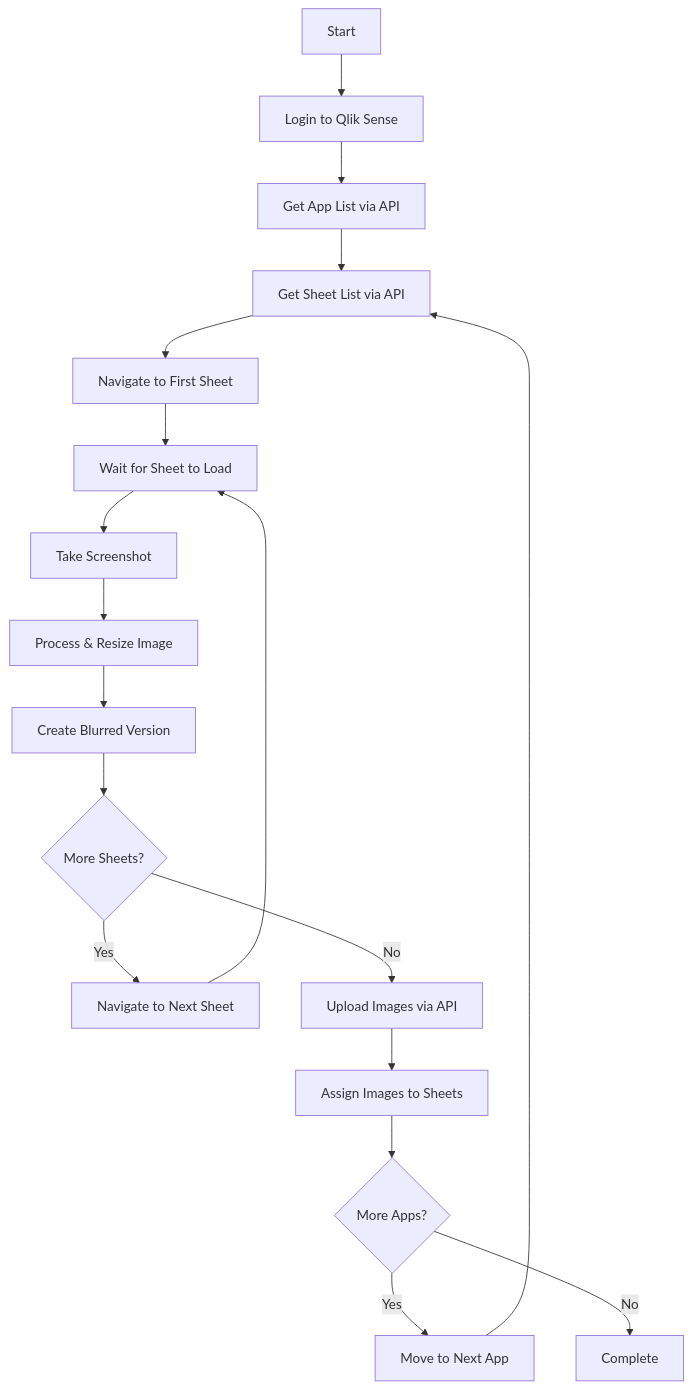
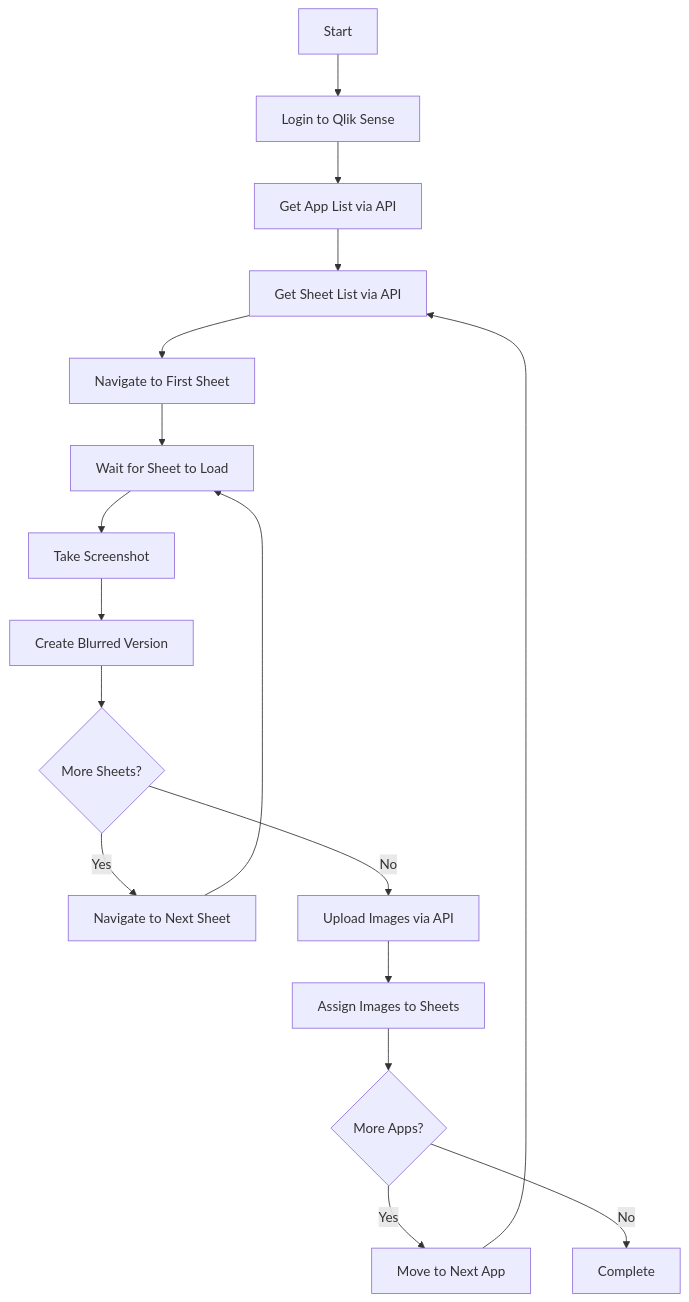
The diagram in docs/guide/concepts/how-it-works.md (ptarmiganlabs/butler-sheet-icons-docs), drawn with Mermaid before and after one commit. The commit also changed other lines of this file and 2 other files, not shown here.

Commit message:
docs: stop saying images are resized, or that the blurred copy is optional
Butler Sheet Icons uploads each capture at the size it was taken, and makes a
blurred copy of every capture; the blurring rules only decide which of the two
a sheet uses. how-it-works, the introduction and the quick start all said the
images were resized, and how-it-works also called the blurred copy optional.

````diff
--- a/docs/guide/concepts/how-it-works.md
+++ b/docs/guide/concepts/how-it-works.md
@@ -7,20 +7,19 @@
 ```mermaid
 graph TD
   A[Start] --> B[Login to Qlik Sense]
   B --> C[Get App List via API]
   C --> D[Get Sheet List via API]
   D --> E[Navigate to First Sheet]
   E --> F[Wait for Sheet to Load]
   F --> G[Take Screenshot]
-  G --> H[Process & Resize Image]
-  H --> I[Create Blurred Version]
+  G --> I[Create Blurred Version]
   I --> J{More Sheets?}
   J -->|Yes| K[Navigate to Next Sheet]
   K --> F
   J -->|No| L[Upload Images via API]
   L --> M[Assign Images to Sheets]
   M --> N{More Apps?}
   N -->|Yes| O[Move to Next App]
   O --> D
   N -->|No| P[Complete]
 ```
````
